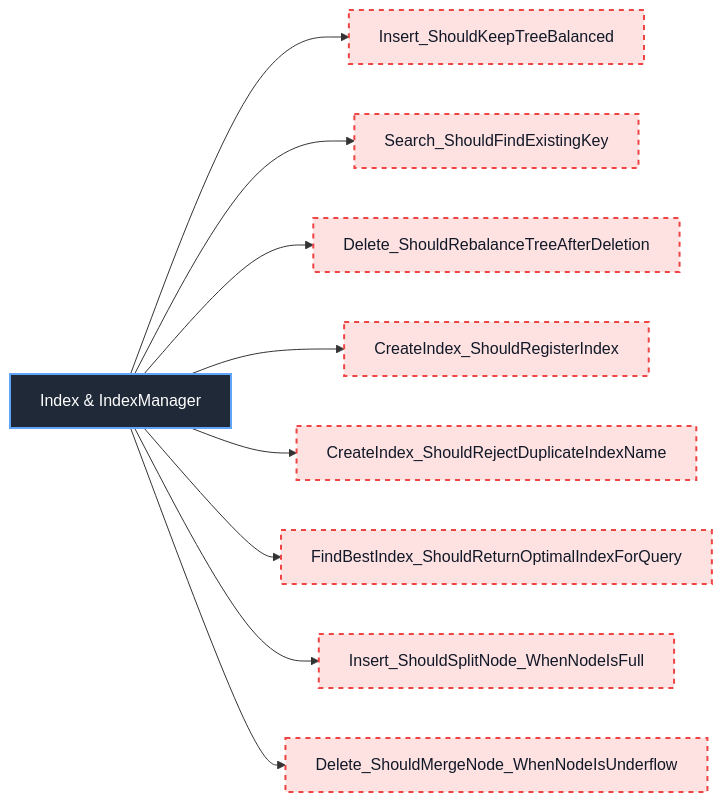
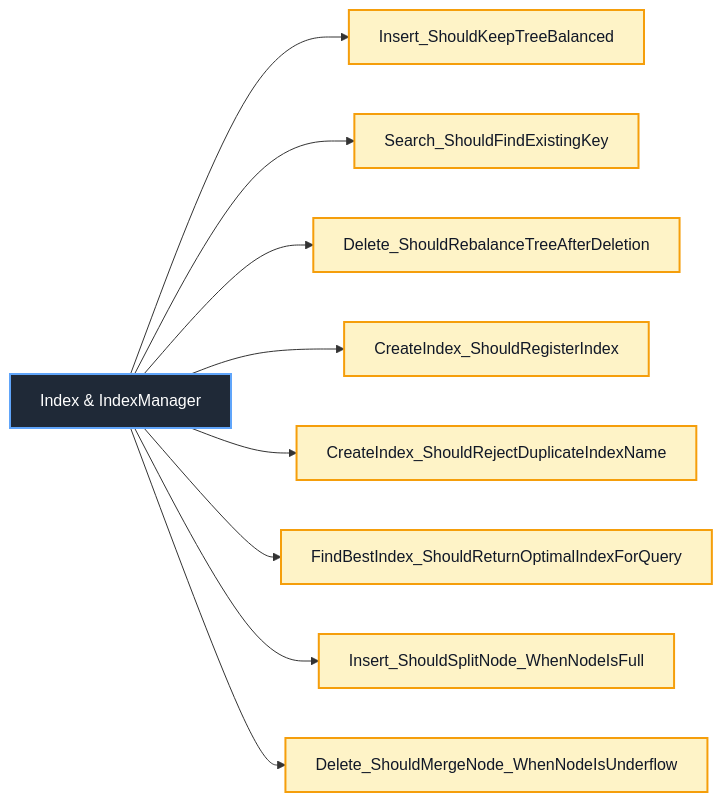
Diagram 19 of 53 in docs/sequence-diagrams/README.md (Hagiakhanh/bbv-dbms), drawn with Mermaid before and after one commit. The commit also changed other lines of this file and 30 other files, not shown here.

````diff
--- a/docs/sequence-diagrams/README.md
+++ b/docs/sequence-diagrams/README.md
@@ -863,20 +864,20 @@
 ```mermaid
 flowchart LR
     ClassNode["Index & IndexManager"]
 
     ClassNode --> Index___IndexManager_1["Insert_ShouldKeepTreeBalanced"]
     ClassNode --> Index___IndexManager_2["Search_ShouldFindExistingKey"]
     ClassNode --> Index___IndexManager_3["Delete_ShouldRebalanceTreeAfterDeletion"]
     ClassNode --> Index___IndexManager_4["CreateIndex_ShouldRegisterIndex"]
     ClassNode --> Index___IndexManager_5["CreateIndex_ShouldRejectDuplicateIndexName"]
     ClassNode --> Index___IndexManager_6["FindBestIndex_ShouldReturnOptimalIndexForQuery"]
     ClassNode --> Index___IndexManager_7["Insert_ShouldSplitNode_WhenNodeIsFull"]
     ClassNode --> Index___IndexManager_8["Delete_ShouldMergeNode_WhenNodeIsUnderflow"]
 
     classDef classNode fill:#1f2937,stroke:#60a5fa,color:#ffffff,stroke-width:2px
     classDef completedTest fill:#dcfce7,stroke:#22c55e,color:#111827,stroke-width:2px
-    classDef missingTest fill:#fee2e2,stroke:#ef4444,color:#111827,stroke-width:2px,stroke-dasharray:5 5
+    classDef redPhaseTest fill:#fef3c7,stroke:#f59e0b,color:#111827,stroke-width:2px
 
     class ClassNode classNode
-    class Index___IndexManager_1,Index___IndexManager_2,Index___IndexManager_3,Index___IndexManager_4,Index___IndexManager_5,Index___IndexManager_6,Index___IndexManager_7,Index___IndexManager_8 missingTest
+    class Index___IndexManager_1,Index___IndexManager_2,Index___IndexManager_3,Index___IndexManager_4,Index___IndexManager_5,Index___IndexManager_6,Index___IndexManager_7,Index___IndexManager_8 redPhaseTest
 ```
````
